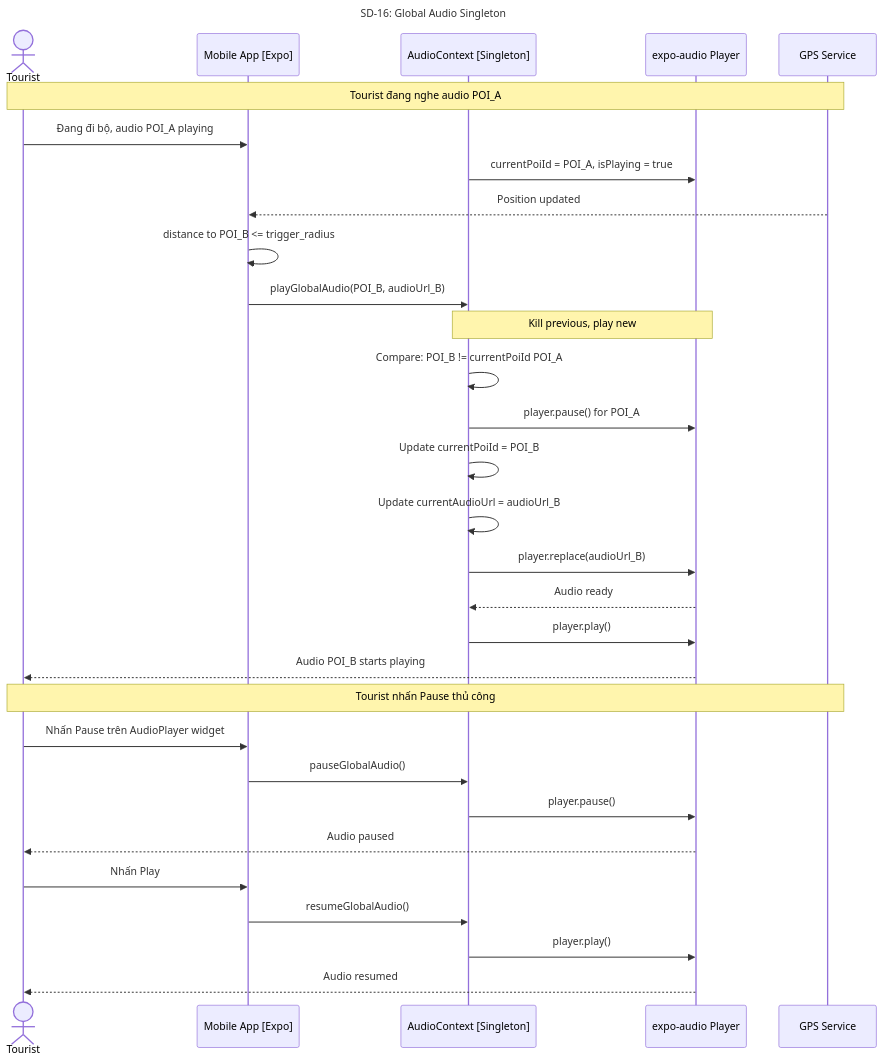
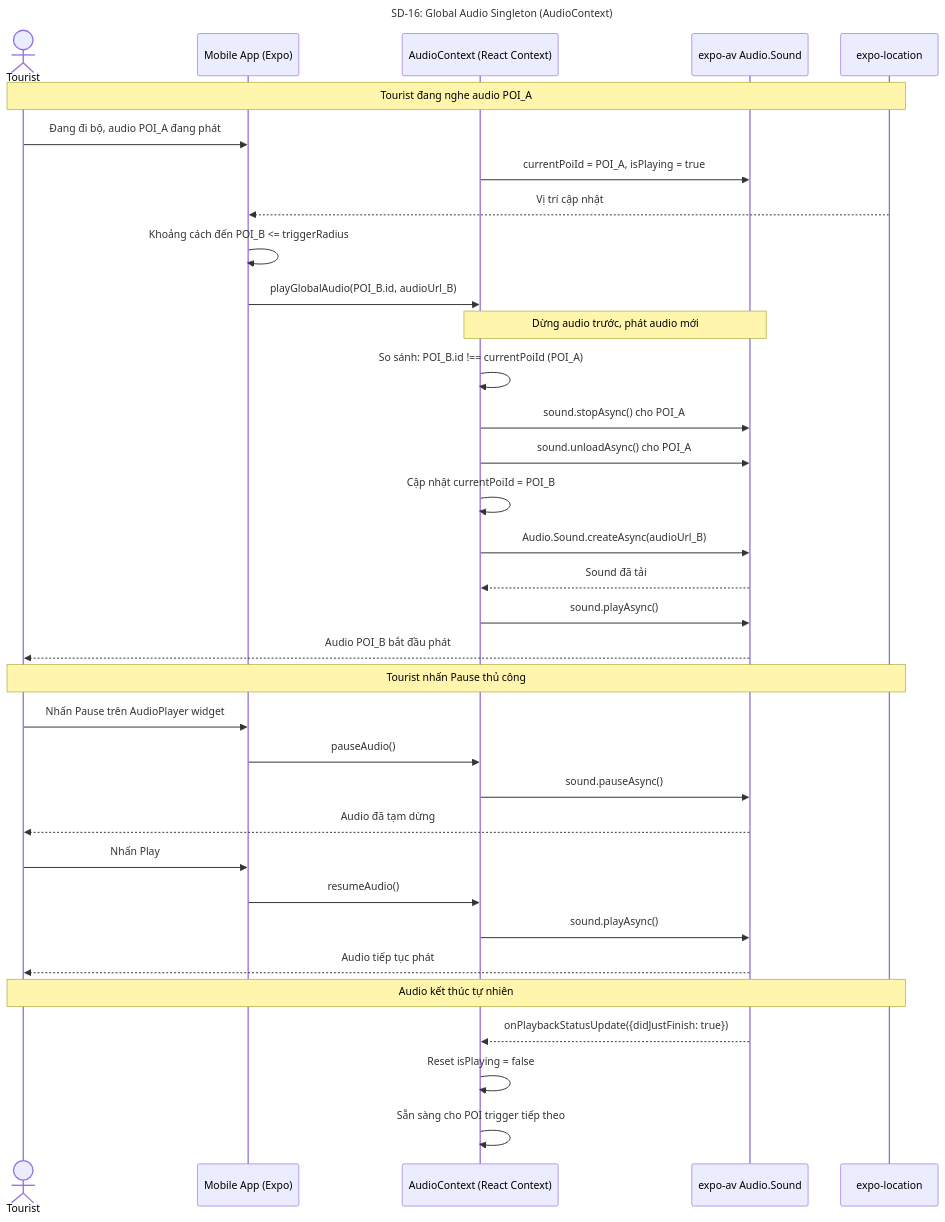
Diagram 16 of 28 in docs/step3_prd/15_sequence_diagrams.md (Ttuandatt/Seminar), drawn with Mermaid before and after one commit. The commit also changed other lines of this file and 19 other files, not shown here.

First line of the commit message:
feat(auth): implement forgot/reset password with Brevo email service

````diff
--- a/docs/step3_prd/15_sequence_diagrams.md
+++ b/docs/step3_prd/15_sequence_diagrams.md
@@ -836,38 +922,43 @@
 ```mermaid
 sequenceDiagram
-    title SD-16: Global Audio Singleton
+    title SD-16: Global Audio Singleton (AudioContext)
     actor Tourist
-    participant App as Mobile App [Expo]
-    participant Ctx as AudioContext [Singleton]
-    participant Player as expo-audio Player
-    participant GPS as GPS Service
+    participant App as Mobile App (Expo)
+    participant Ctx as AudioContext (React Context)
+    participant Player as expo-av Audio.Sound
+    participant GPS as expo-location
 
     Note over Tourist, GPS: Tourist đang nghe audio POI_A
-    Tourist->>App: Đang đi bộ, audio POI_A playing
+    Tourist->>App: Đang đi bộ, audio POI_A đang phát
     Ctx->>Player: currentPoiId = POI_A, isPlaying = true
 
-    GPS-->>App: Position updated
-    App->>App: distance to POI_B <= trigger_radius
-    App->>Ctx: playGlobalAudio(POI_B, audioUrl_B)
+    GPS-->>App: Vị trí cập nhật
+    App->>App: Khoảng cách đến POI_B <= triggerRadius
+    App->>Ctx: playGlobalAudio(POI_B.id, audioUrl_B)
 
-    Note over Ctx, Player: Kill previous, play new
-    Ctx->>Ctx: Compare: POI_B != currentPoiId POI_A
-    Ctx->>Player: player.pause() for POI_A
-    Ctx->>Ctx: Update currentPoiId = POI_B
-    Ctx->>Ctx: Update currentAudioUrl = audioUrl_B
-    Ctx->>Player: player.replace(audioUrl_B)
-    Player-->>Ctx: Audio ready
-    Ctx->>Player: player.play()
-    Player-->>Tourist: Audio POI_B starts playing
+    Note over Ctx, Player: Dừng audio trước, phát audio mới
+    Ctx->>Ctx: So sánh: POI_B.id !== currentPoiId (POI_A)
+    Ctx->>Player: sound.stopAsync() cho POI_A
+    Ctx->>Player: sound.unloadAsync() cho POI_A
+    Ctx->>Ctx: Cập nhật currentPoiId = POI_B
+    Ctx->>Player: Audio.Sound.createAsync(audioUrl_B)
+    Player-->>Ctx: Sound đã tải
+    Ctx->>Player: sound.playAsync()
+    Player-->>Tourist: Audio POI_B bắt đầu phát
 
     Note over Tourist, GPS: Tourist nhấn Pause thủ công
     Tourist->>App: Nhấn Pause trên AudioPlayer widget
-    App->>Ctx: pauseGlobalAudio()
-    Ctx->>Player: player.pause()
-    Player-->>Tourist: Audio paused
+    App->>Ctx: pauseAudio()
+    Ctx->>Player: sound.pauseAsync()
+    Player-->>Tourist: Audio đã tạm dừng
 
     Tourist->>App: Nhấn Play
-    App->>Ctx: resumeGlobalAudio()
-    Ctx->>Player: player.play()
-    Player-->>Tourist: Audio resumed
+    App->>Ctx: resumeAudio()
+    Ctx->>Player: sound.playAsync()
+    Player-->>Tourist: Audio tiếp tục phát
+
+    Note over Tourist, GPS: Audio kết thúc tự nhiên
+    Player-->>Ctx: onPlaybackStatusUpdate({didJustFinish: true})
+    Ctx->>Ctx: Reset isPlaying = false
+    Ctx->>Ctx: Sẵn sàng cho POI trigger tiếp theo
 ```
````
